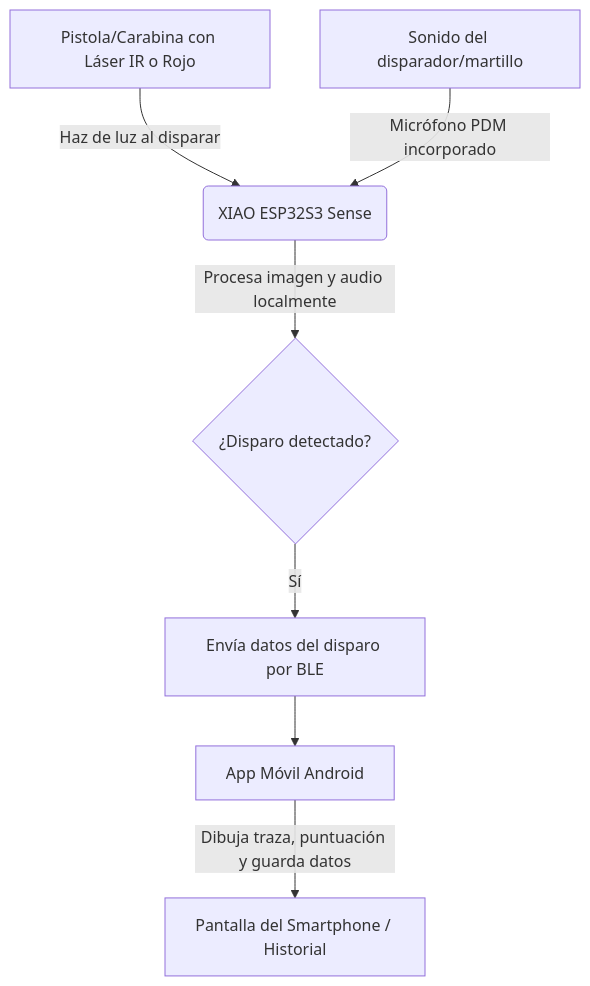
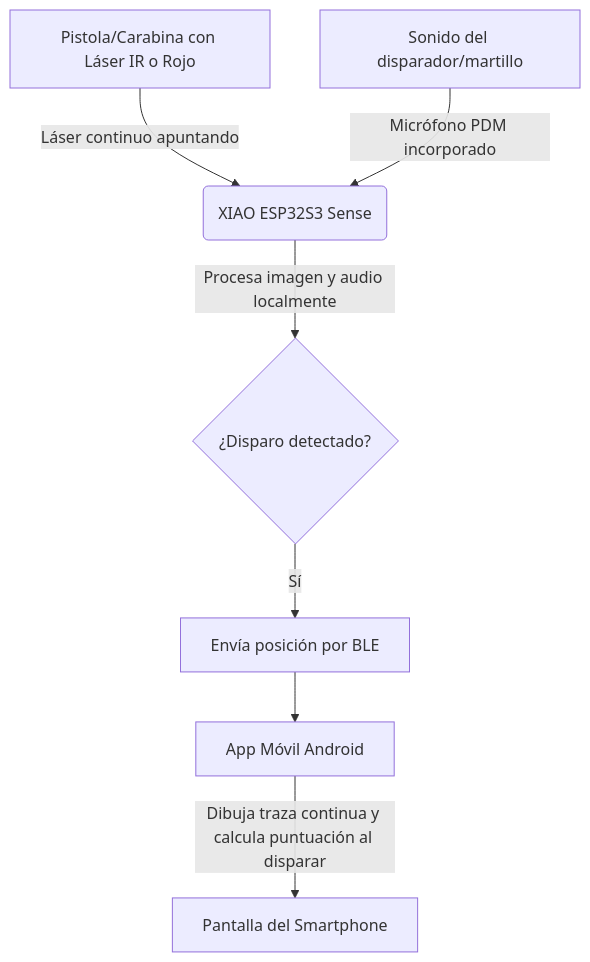
One commit to luisleon757/Splatt-Elite changed the diagram in hardware/Docs/GUIA_USO.md. Above: the diagram before and after it, drawn with Mermaid. The commit also changed other lines of this file, not shown here.

Commit message:
docs: corregir funcionamiento del laser y conexion BLE automatica

````diff
--- a/hardware/Docs/GUIA_USO.md
+++ b/hardware/Docs/GUIA_USO.md
@@ -26,9 +26,9 @@
 ```mermaid
 graph TD
-    A[Pistola/Carabina con Láser IR o Rojo] -->|Haz de luz al disparar| B(XIAO ESP32S3 Sense)
+    A[Pistola/Carabina con Láser IR o Rojo] -->|Láser continuo apuntando| B(XIAO ESP32S3 Sense)
     C[Sonido del disparador/martillo] -->|Micrófono PDM incorporado| B
     B -->|Procesa imagen y audio localmente| D{¿Disparo detectado?}
-    D -->|Sí| E[Envía datos del disparo por BLE]
+    D -->|Sí| E[Envía posición por BLE]
     E --> F[App Móvil Android]
-    F -->|Dibuja traza, puntuación y guarda datos| G[Pantalla del Smartphone / Historial]
+    F -->|Dibuja traza continua y calcula puntuación al disparar| G[Pantalla del Smartphone]
 ```
````
